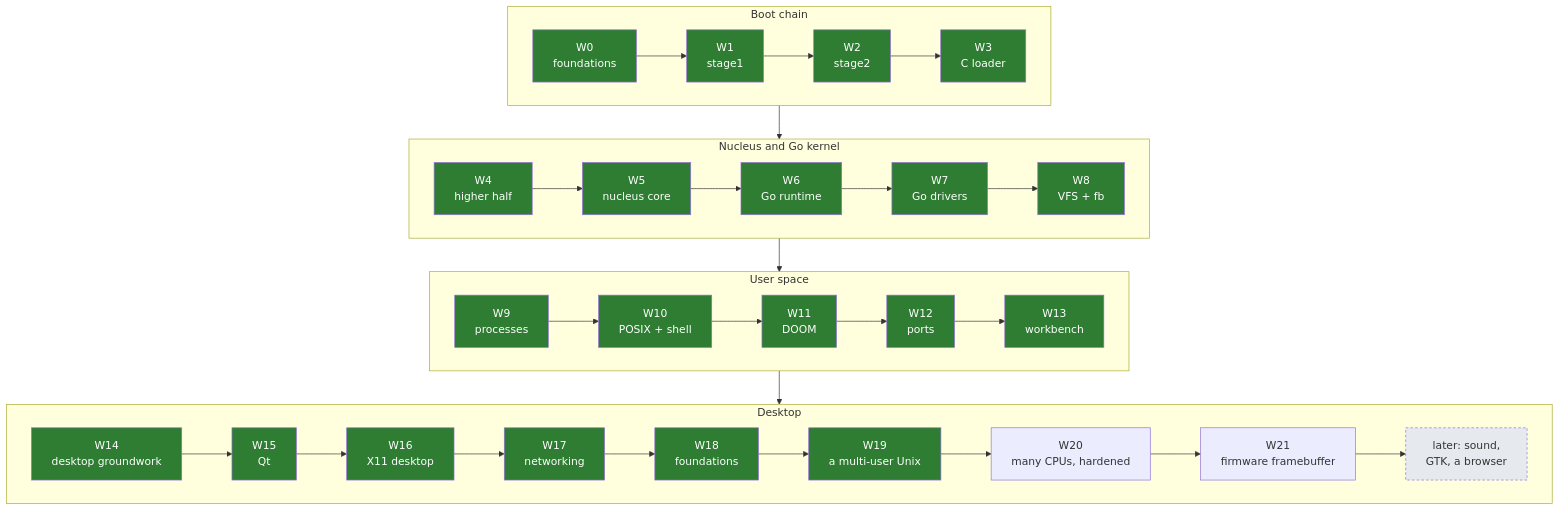
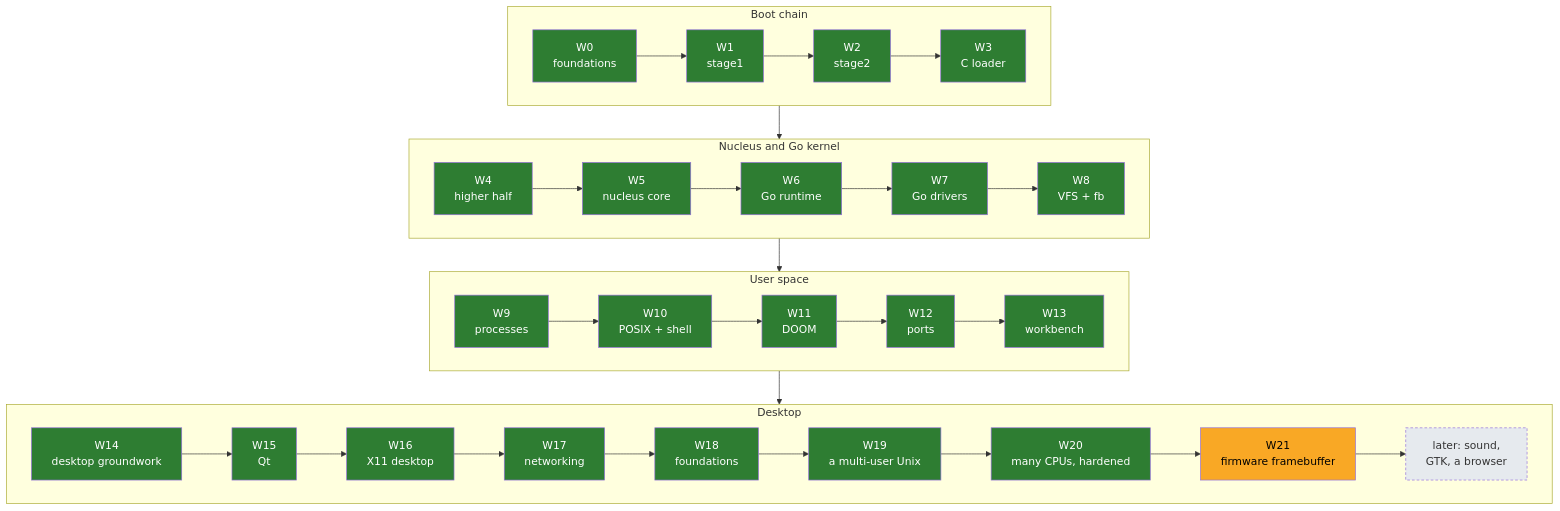
The diagram in docs/04-plan/ROADMAP.md (decagondev/burrow), drawn with Mermaid before and after one commit. The commit also changed other lines of this file and 36 other files, not shown here.

````diff
--- a/docs/04-plan/ROADMAP.md
+++ b/docs/04-plan/ROADMAP.md
@@ -30,25 +30,26 @@
 ```mermaid
 flowchart TB
     subgraph boot["Boot chain"]
         direction LR
         W0["W0<br/>foundations"] --> W1["W1<br/>stage1"] --> W2["W2<br/>stage2"] --> W3["W3<br/>C loader"]
     end
     subgraph core["Nucleus and Go kernel"]
         direction LR
         W4["W4<br/>higher half"] --> W5["W5<br/>nucleus core"] --> W6["W6<br/>Go runtime"] --> W7["W7<br/>Go drivers"] --> W8["W8<br/>VFS + fb"]
     end
     subgraph unix["User space"]
         direction LR
         W9["W9<br/>processes"] --> W10["W10<br/>POSIX + shell"] --> W11["W11<br/>DOOM"] --> W12["W12<br/>ports"] --> W13["W13<br/>workbench"]
     end
     subgraph desk["Desktop"]
         direction LR
         W14["W14<br/>desktop groundwork"] --> W15["W15<br/>Qt"] --> W16["W16<br/>X11 desktop"] --> W17["W17<br/>networking"] --> W18["W18<br/>foundations"] --> W19["W19<br/>a multi-user Unix"] --> W20["W20<br/>many CPUs, hardened"] --> W21["W21<br/>firmware framebuffer"] --> X["later: sound,<br/>GTK, a browser"]
     end
     boot --> core --> unix --> desk
     classDef done fill:#2e7d32,color:#fff;
     classDef next fill:#f9a825,color:#000;
     classDef later fill:#e6eaee,color:#333,stroke-dasharray: 4 3;
-    class W0,W1,W2,W3,W4,W5,W6,W7,W8,W9,W10,W11,W12,W13,W14,W15,W16,W17,W18,W19 done;
+    class W0,W1,W2,W3,W4,W5,W6,W7,W8,W9,W10,W11,W12,W13,W14,W15,W16,W17,W18,W19,W20 done;
+    class W21 next;
     class X later;
 ```
````
